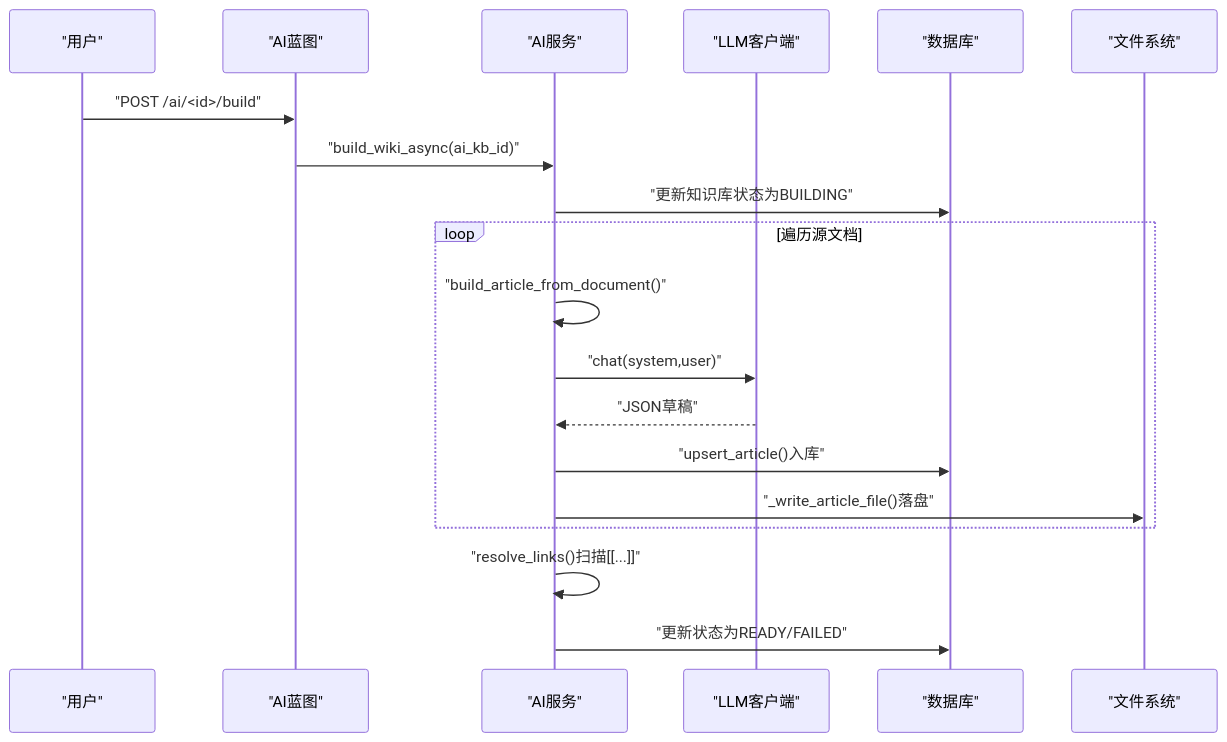
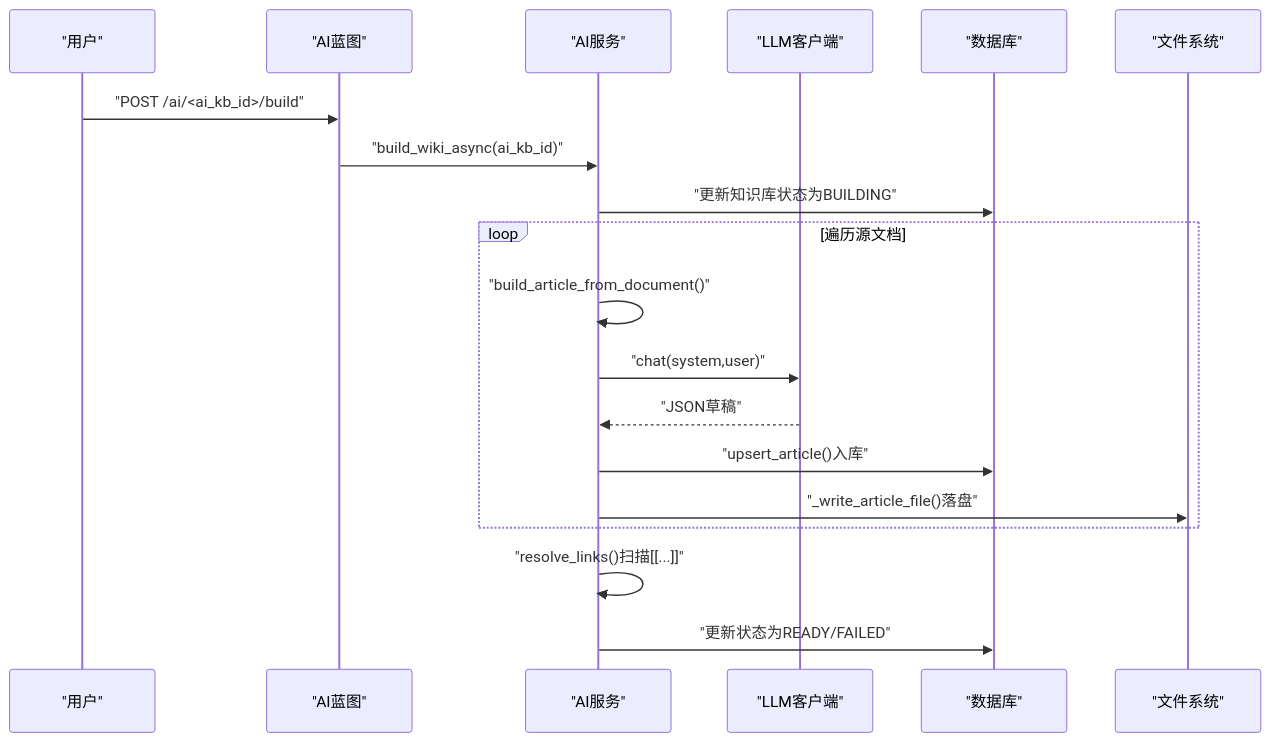
Before and after one commit to beyondalbert/my_wiki: the third of 6 diagrams in .qoder/repowiki/zh/content/架构设计/蓝图系统设计/AI知识库蓝图 (AI Knowledge Base Blueprint).md, drawn with Mermaid. The commit also changed other lines of this file and 21 other files, not shown here.

````diff
--- a/.qoder/repowiki/zh/content/架构设计/蓝图系统设计/AI知识库蓝图 (AI Knowledge Base Blueprint).md
+++ b/.qoder/repowiki/zh/content/架构设计/蓝图系统设计/AI知识库蓝图 (AI Knowledge Base Blueprint).md
@@ -151,21 +175,21 @@
 ```mermaid
 sequenceDiagram
 participant U as "用户"
 participant BP as "AI蓝图"
 participant SVC as "AI服务"
 participant LLM as "LLM客户端"
 participant DB as "数据库"
 participant FS as "文件系统"
-U->>BP : "POST /ai/<id>/build"
+U->>BP : "POST /ai/<ai_kb_id>/build"
 BP->>SVC : "build_wiki_async(ai_kb_id)"
 SVC->>DB : "更新知识库状态为BUILDING"
 loop 遍历源文档
 SVC->>SVC : "build_article_from_document()"
 SVC->>LLM : "chat(system,user)"
 LLM-->>SVC : "JSON草稿"
 SVC->>DB : "upsert_article()入库"
 SVC->>FS : "_write_article_file()落盘"
 end
 SVC->>SVC : "resolve_links()扫描[[...]]"
 SVC->>DB : "更新状态为READY/FAILED"
 ```
````
